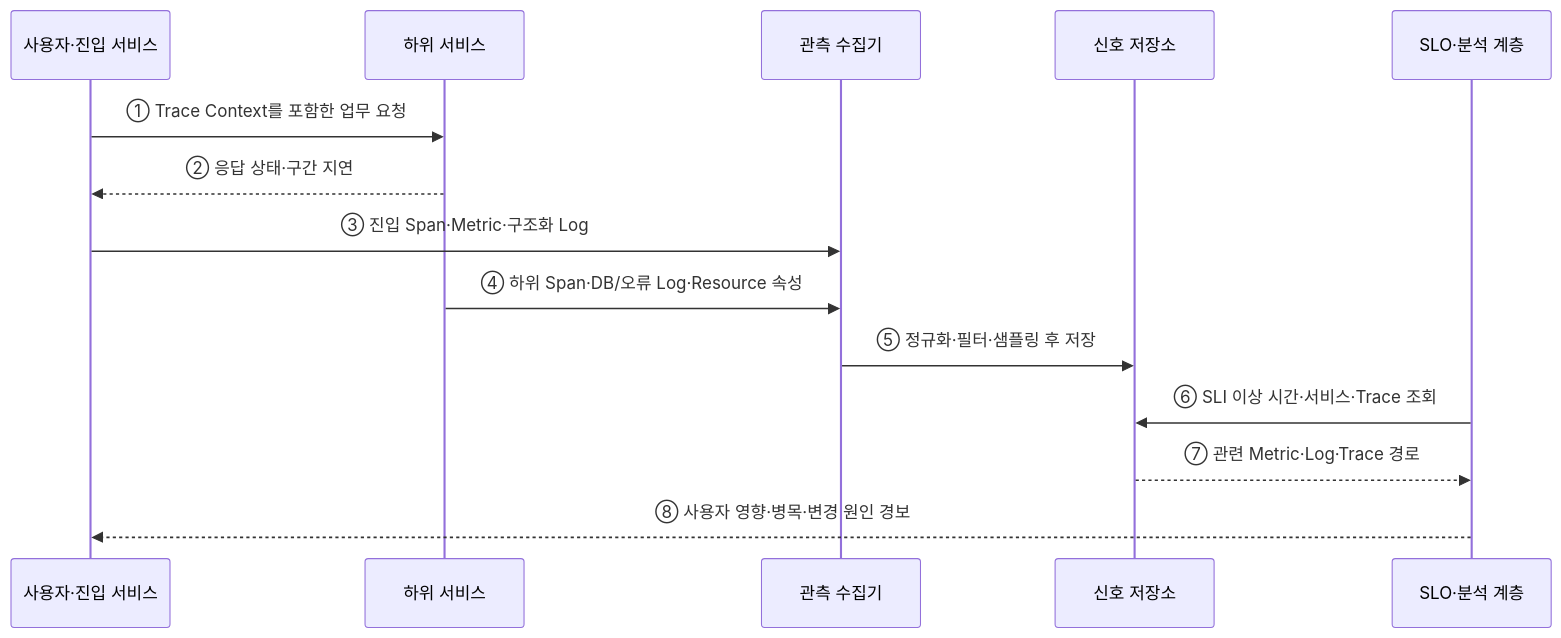
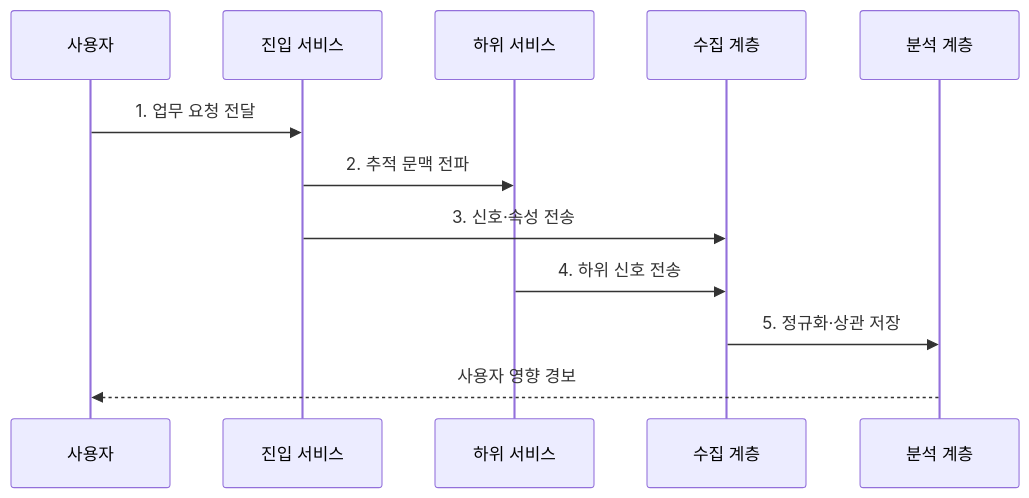
The second of 2 diagrams in src/content/docs/notes/03-software/161_cloud_native_observability.md (agnusdei1207/knowledge-base), drawn with Mermaid before and after one commit. The commit also changed other lines of this file and 20 other files, not shown here.

````diff
--- a/src/content/docs/notes/03-software/161_cloud_native_observability.md
+++ b/src/content/docs/notes/03-software/161_cloud_native_observability.md
@@ -70,16 +85,14 @@
 ```mermaid
 sequenceDiagram
-    participant U as 사용자·진입 서비스
+    participant U as 사용자
+    participant A as 진입 서비스
     participant D as 하위 서비스
-    participant C as 관측 수집기
-    participant S as 신호 저장소
-    participant A as SLO·분석 계층
-    U->>D: ① Trace Context를 포함한 업무 요청
-    D-->>U: ② 응답 상태·구간 지연
-    U->>C: ③ 진입 Span·Metric·구조화 Log
-    D->>C: ④ 하위 Span·DB/오류 Log·Resource 속성
-    C->>S: ⑤ 정규화·필터·샘플링 후 저장
-    A->>S: ⑥ SLI 이상 시간·서비스·Trace 조회
-    S-->>A: ⑦ 관련 Metric·Log·Trace 경로
-    A-->>U: ⑧ 사용자 영향·병목·변경 원인 경보
+    participant C as 수집 계층
+    participant S as 분석 계층
+    U->>A: 1. 업무 요청 전달
+    A->>D: 2. 추적 문맥 전파
+    A->>C: 3. 신호·속성 전송
+    D->>C: 4. 하위 신호 전송
+    C->>S: 5. 정규화·상관 저장
+    S-->>U: 사용자 영향 경보
 ```
````
